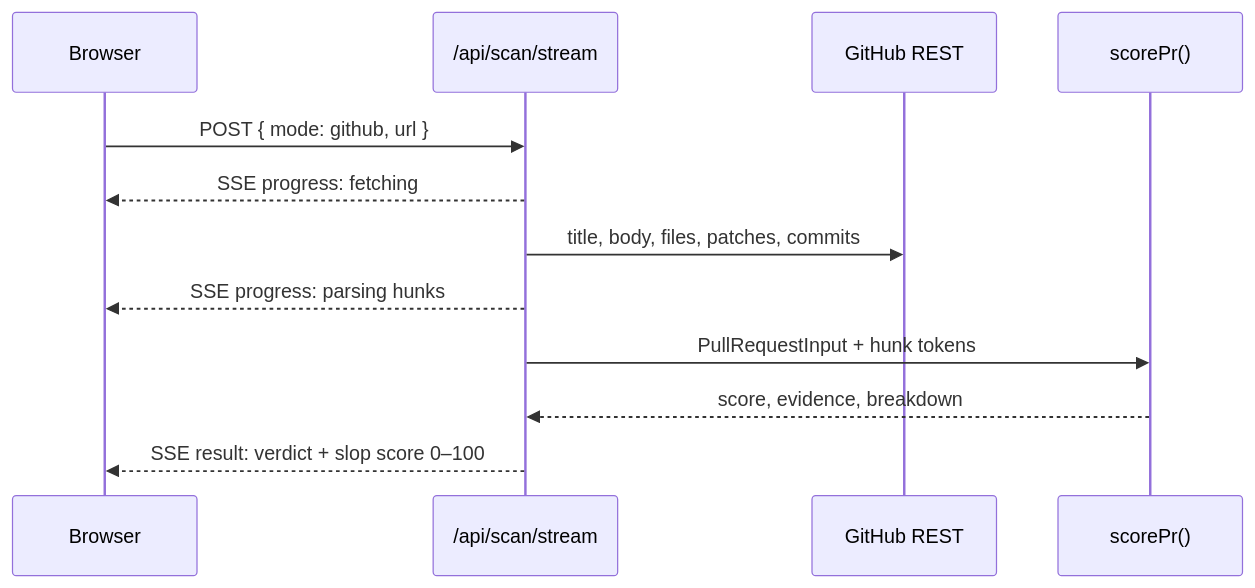
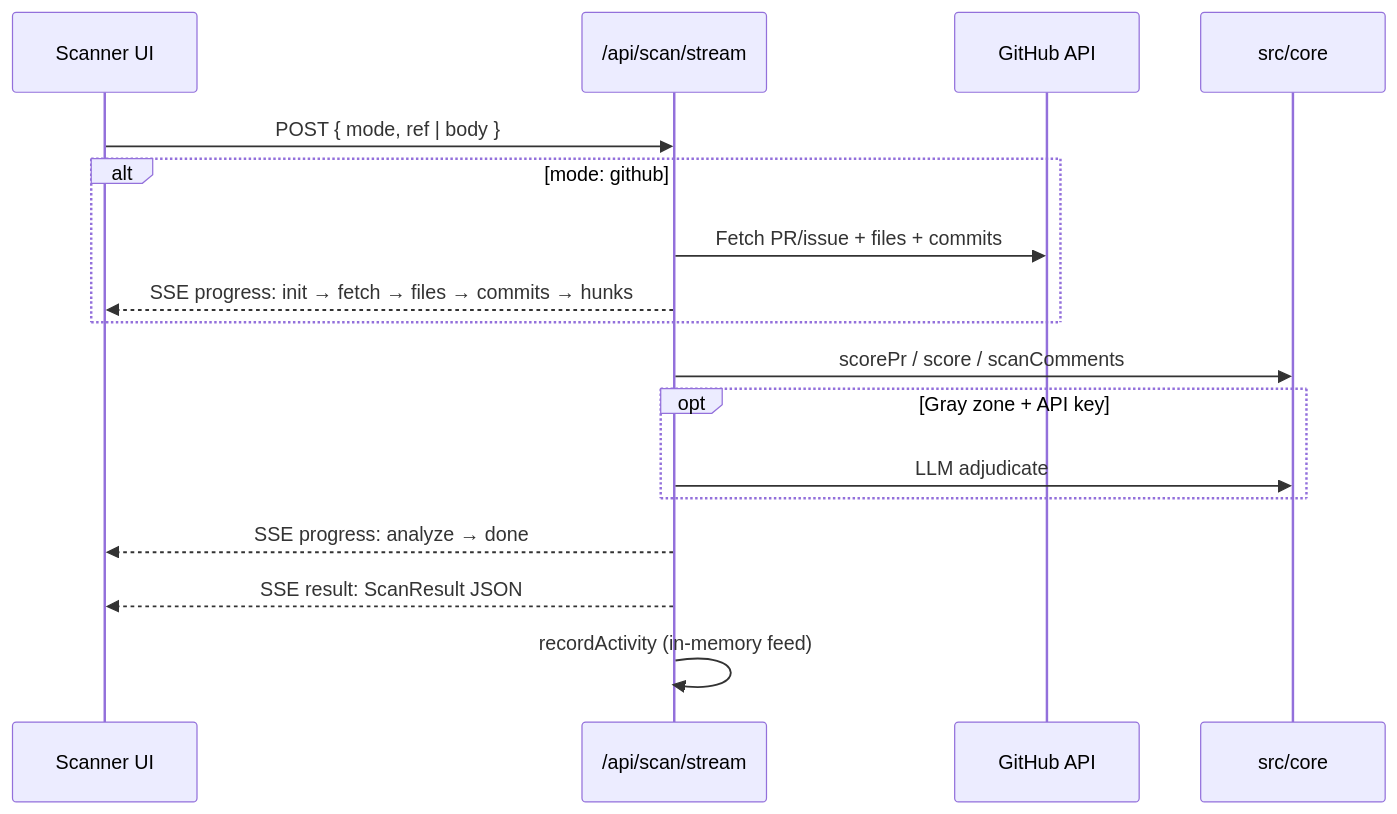
The sixth of 7 diagrams in README.md (sneha-yadav1111/slop-detector), drawn with Mermaid before and after one commit. The commit also changed other lines of this file and 4 other files, not shown here.

````diff
--- a/README.md
+++ b/README.md
@@ -147,15 +357,20 @@
 ```mermaid
 sequenceDiagram
-  participant U as Browser
+  participant UI as Scanner UI
   participant API as /api/scan/stream
-  participant GH as GitHub REST
-  participant Core as scorePr()
+  participant GH as GitHub API
+  participant Core as src/core
 
-  U->>API: POST { mode: github, url }
-  API-->>U: SSE progress: fetching
-  API->>GH: title, body, files, patches, commits
-  API-->>U: SSE progress: parsing hunks
-  API->>Core: PullRequestInput + hunk tokens
-  Core-->>API: score, evidence, breakdown
-  API-->>U: SSE result: verdict + slop score 0–100
+  UI->>API: POST { mode, ref | body }
+  alt mode: github
+    API->>GH: Fetch PR/issue + files + commits
+    API-->>UI: SSE progress: init → fetch → files → commits → hunks
+  end
+  API->>Core: scorePr / score / scanComments
+  opt Gray zone + API key
+    API->>Core: LLM adjudicate
+  end
+  API-->>UI: SSE progress: analyze → done
+  API-->>UI: SSE result: ScanResult JSON
+  API->>API: recordActivity (in-memory feed)
 ```
````
